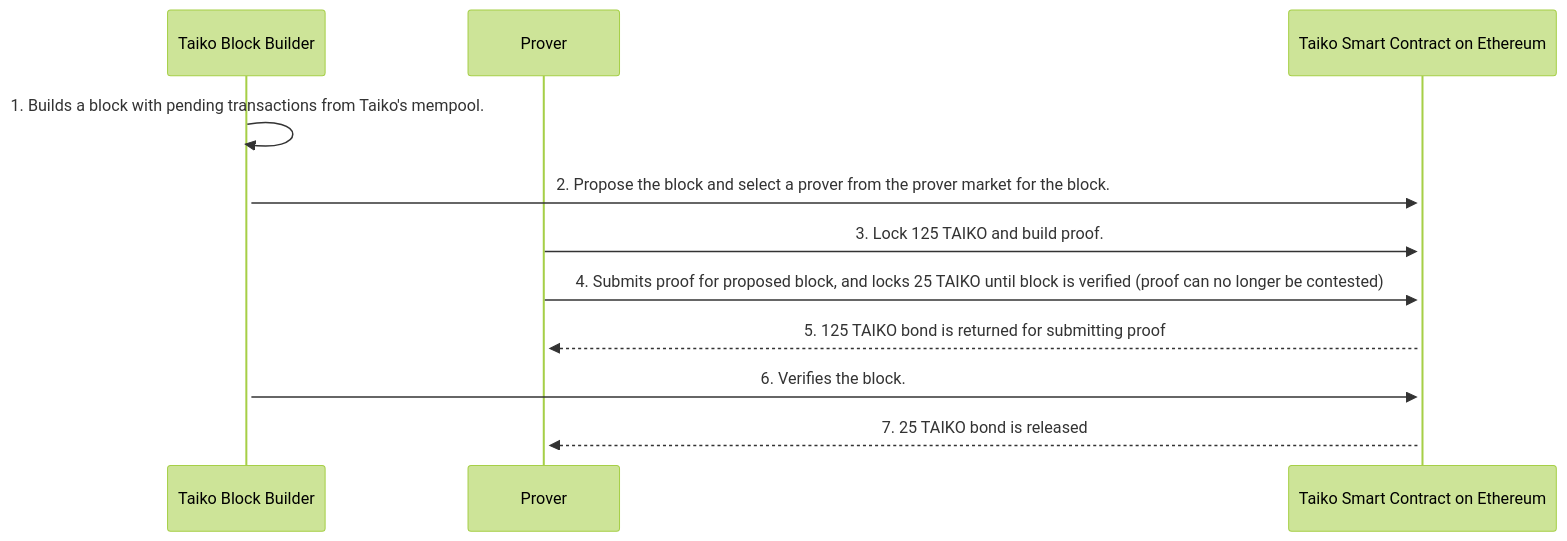
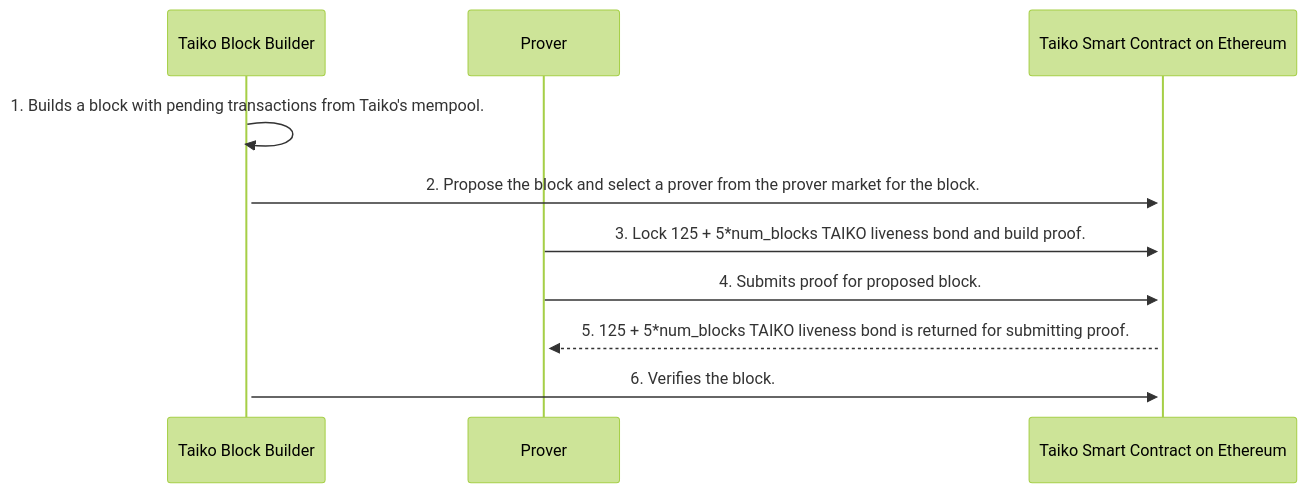
One commit to fahimahmedx/taiko-block-building changed the diagram in high-level.MD. Above: the diagram before and after it, drawn with Mermaid (forest theme).

Commit message:
Alethia Upgrade

````diff
--- a/high-level.MD
+++ b/high-level.MD
@@ -1,15 +1,14 @@
 ```mermaid
 sequenceDiagram
 participant Taiko Block Builder
 participant Prover
 participant Taiko Smart Contract on Ethereum
 
 
 Taiko Block Builder->>+Taiko Block Builder: 1. Builds a block with pending transactions from Taiko's mempool.
 Taiko Block Builder->>+Taiko Smart Contract on Ethereum: 2. Propose the block and select a prover from the prover market for the block.
-Prover->>+Taiko Smart Contract on Ethereum: 3. Lock 125 TAIKO and build proof.
-Prover->>+Taiko Smart Contract on Ethereum: 4. Submits proof for proposed block, and locks 25 TAIKO until block is verified (proof can no longer be contested)
-Taiko Smart Contract on Ethereum-->>+Prover: 5. 125 TAIKO bond is returned for submitting proof
+Prover->>+Taiko Smart Contract on Ethereum: 3. Lock 125 + 5*num_blocks TAIKO liveness bond and build proof.
+Prover->>+Taiko Smart Contract on Ethereum: 4. Submits proof for proposed block.
+Taiko Smart Contract on Ethereum-->>+Prover: 5. 125 + 5*num_blocks TAIKO liveness bond is returned for submitting proof.
 Taiko Block Builder->>+Taiko Smart Contract on Ethereum: 6. Verifies the block.
-Taiko Smart Contract on Ethereum-->>+Prover: 7. 25 TAIKO bond is released
 ```
````
